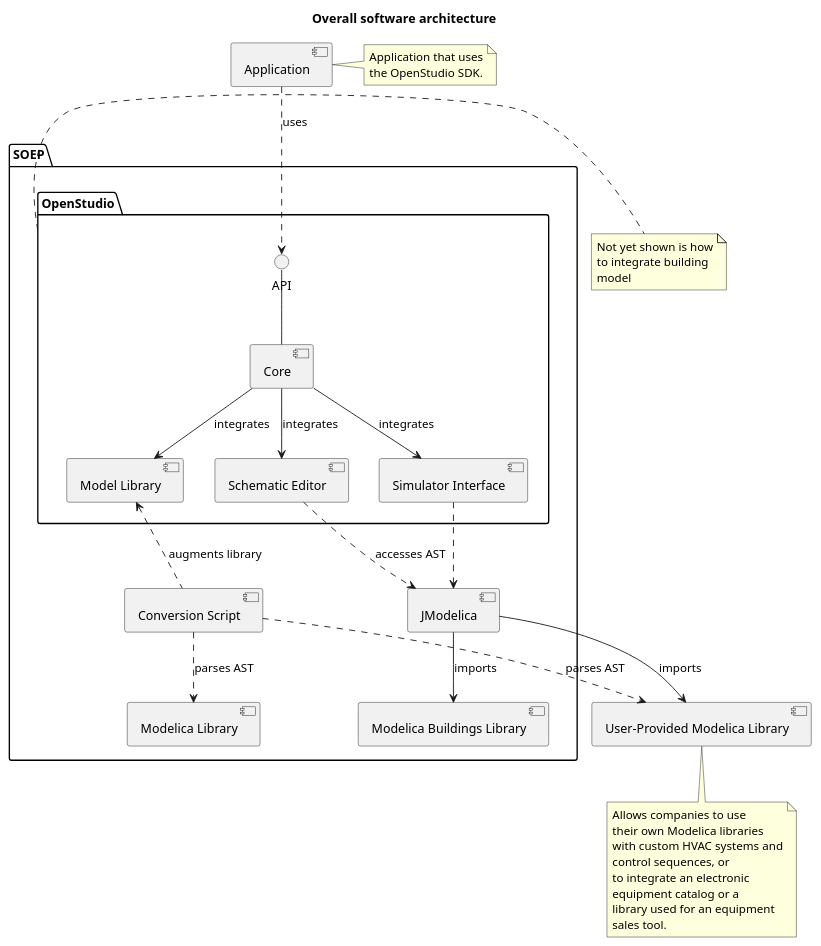
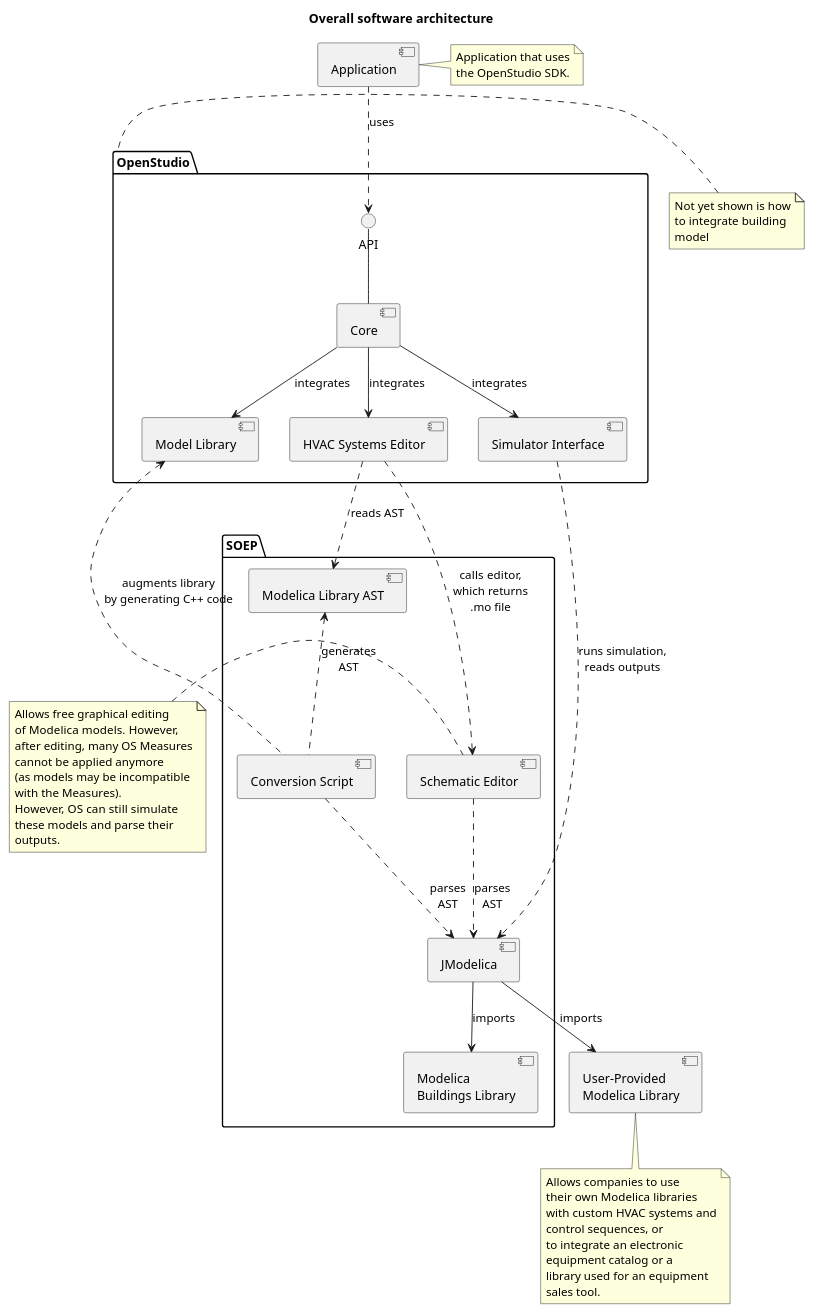
One commit to lbl-srg/soep changed the diagram in doc-design/source/softwareArchitecture.rst. Above: the diagram before and after it, drawn with PlantUML. The commit also changed other lines of this file and 37 other files, not shown here.

Commit message:
Revised use cases and software architecture

```diff
--- a/doc-design/source/softwareArchitecture.rst
+++ b/doc-design/source/softwareArchitecture.rst
@@ -15,48 +40,62 @@
 .. uml::
    :caption: Overall software architecture.
 
    title Overall software architecture
 
    skinparam componentStyle uml2
 
-   package SOEP {
    package OpenStudio {
    API -- [Core]
    [Core] --> [Model Library]: integrates
-   [Core] --> [Schematic Editor]: integrates
+   [Core] --> [HVAC Systems Editor]: integrates
    [Core] --> [Simulator Interface]: integrates
    }
 
-   [Model Library] <.. [Conversion Script]: augments library
+   package SOEP {
+   [Schematic Editor] ..> [JModelica] : parses\nAST
+   [HVAC Systems Editor] ..> [Schematic Editor]: calls editor,\nwhich returns\n.mo file
+   [Model Library] <.. [Conversion Script]: augments library\nby generating C++ code
 
-   [Conversion Script] ..> [Modelica Library]: parses AST
-   [Simulator Interface] ..> [JModelica]
-   [Schematic Editor] ..> [JModelica]: accesses AST
-   [JModelica] --> [Modelica Buildings Library]: imports
+   [Conversion Script] ..> [JModelica]: parses\nAST
+   [Simulator Interface] ..> [JModelica] : runs simulation,\nreads outputs
+   [HVAC Systems Editor] ..> [Modelica Library AST]: reads AST
+   [Modelica Library AST] <.. [Conversion Script] : generates\nAST
+   [JModelica] --> [Modelica\nBuildings Library]: imports
    }
    [Application] ..> () API : uses
 
-   [JModelica] --> [User-Provided Modelica Library]: imports
-   [Conversion Script] ..> [User-Provided Modelica Library]: parses AST
+   [JModelica] --> [User-Provided\nModelica Library]: imports
 
-   note bottom of [User-Provided Modelica Library]
+   note left of [Schematic Editor]
+     Allows free graphical editing
+     of Modelica models. However,
+     after editing, many OS Measures
+     cannot be applied anymore
+     (as models may be incompatible
+     with the Measures).
+     However, OS can still simulate
+     these models and parse their
+     outputs.
+   end note
+
+   note bottom of [User-Provided\nModelica Library]
      Allows companies to use
      their own Modelica libraries
      with custom HVAC systems and
      control sequences, or
      to integrate an electronic
      equipment catalog or a
      library used for an equipment
      sales tool.
    end note
 
-   note right of OpenStudio
+   note left of OpenStudio
      Not yet shown is how
      to integrate building
      model
    end note
 
    note right of Application
      Application that uses
      the OpenStudio SDK.
    end note
```
